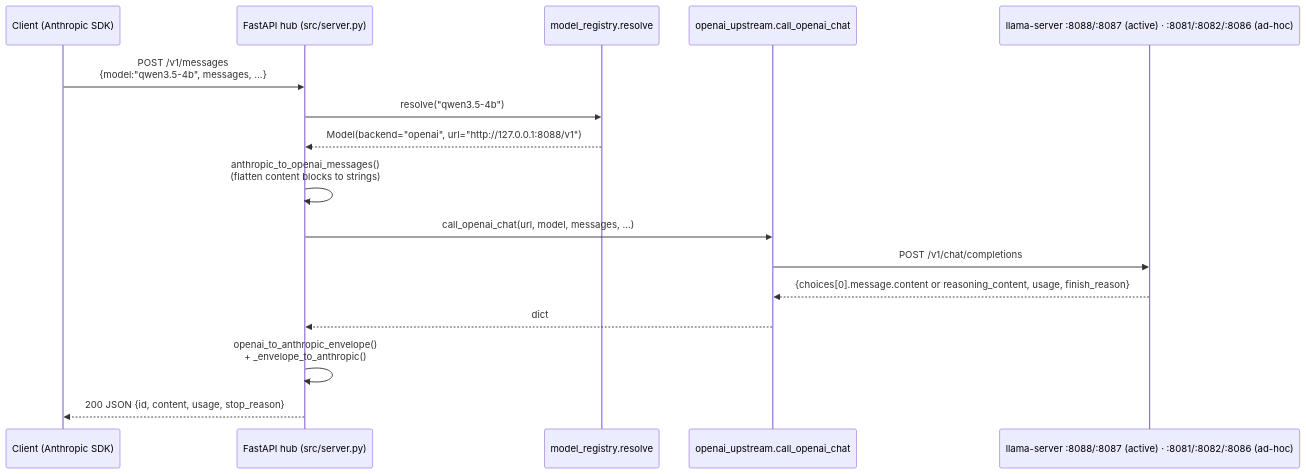
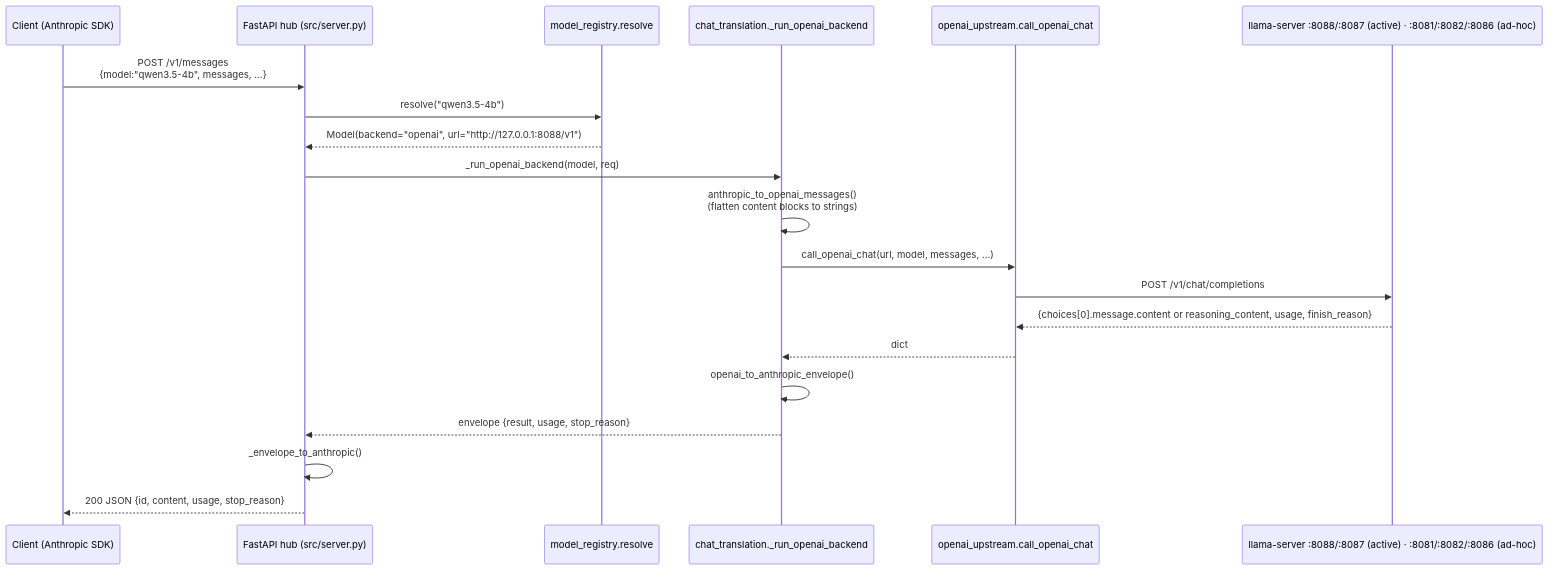
One commit to ferraroroberto/local-llm-hub changed the fifth of 5 diagrams in docs/project-structure.md. Above: the diagram before and after it, drawn with Mermaid. The commit also changed other lines of this file and 12 other files, not shown here.

First line of the commit message:
refactor: split chat_translation out of server.py, dedupe host id + path (issue #245)

````diff
--- a/docs/project-structure.md
+++ b/docs/project-structure.md
@@ -269,19 +281,23 @@
 ```mermaid
 sequenceDiagram
     participant C as Client (Anthropic SDK)
     participant F as FastAPI hub (src/server.py)
     participant R as model_registry.resolve
+    participant T as chat_translation._run_openai_backend
     participant U as openai_upstream.call_openai_chat
     participant L as llama-server :8088/:8087 (active) · :8081/:8082/:8086 (ad-hoc)
 
     C->>F: POST /v1/messages<br/>{model:"qwen3.5-4b", messages, ...}
     F->>R: resolve("qwen3.5-4b")
     R-->>F: Model(backend="openai", url="http://127.0.0.1:8088/v1")
-    F->>F: anthropic_to_openai_messages()<br/>(flatten content blocks to strings)
-    F->>U: call_openai_chat(url, model, messages, ...)
+    F->>T: _run_openai_backend(model, req)
+    T->>T: anthropic_to_openai_messages()<br/>(flatten content blocks to strings)
+    T->>U: call_openai_chat(url, model, messages, ...)
     U->>L: POST /v1/chat/completions
     L-->>U: {choices[0].message.content or reasoning_content, usage, finish_reason}
-    U-->>F: dict
-    F->>F: openai_to_anthropic_envelope()<br/>+ _envelope_to_anthropic()
+    U-->>T: dict
+    T->>T: openai_to_anthropic_envelope()
+    T-->>F: envelope {result, usage, stop_reason}
+    F->>F: _envelope_to_anthropic()
     F-->>C: 200 JSON {id, content, usage, stop_reason}
 ```
````
